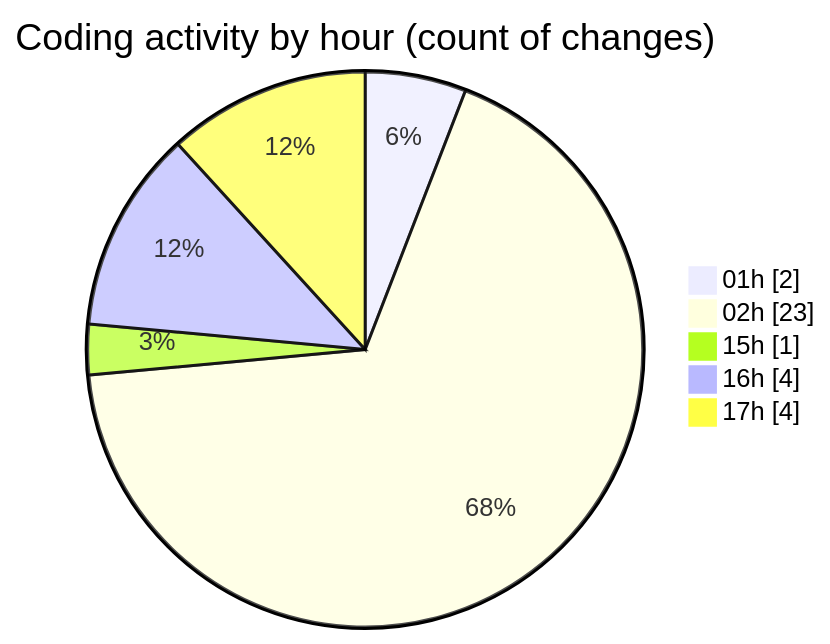
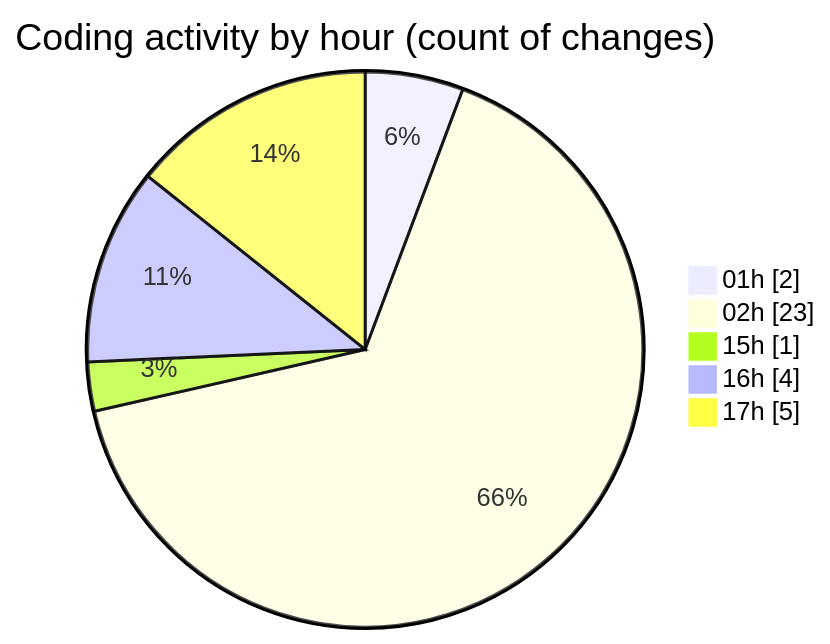
The second of 2 diagrams in 2025-10-01/open-health/README.md (mevix1/code-tracking), drawn with Mermaid before and after one commit. The commit also changed other lines of this file and 1 other file, not shown here.

````diff
--- a/2025-10-01/open-health/README.md
+++ b/2025-10-01/open-health/README.md
@@ -44,9 +46,9 @@
 ```mermaid
 pie showData
 title Coding activity by hour (count of changes)
 "01h" : 2
 "02h" : 23
 "15h" : 1
 "16h" : 4
-"17h" : 4
+"17h" : 5
 ```
````
